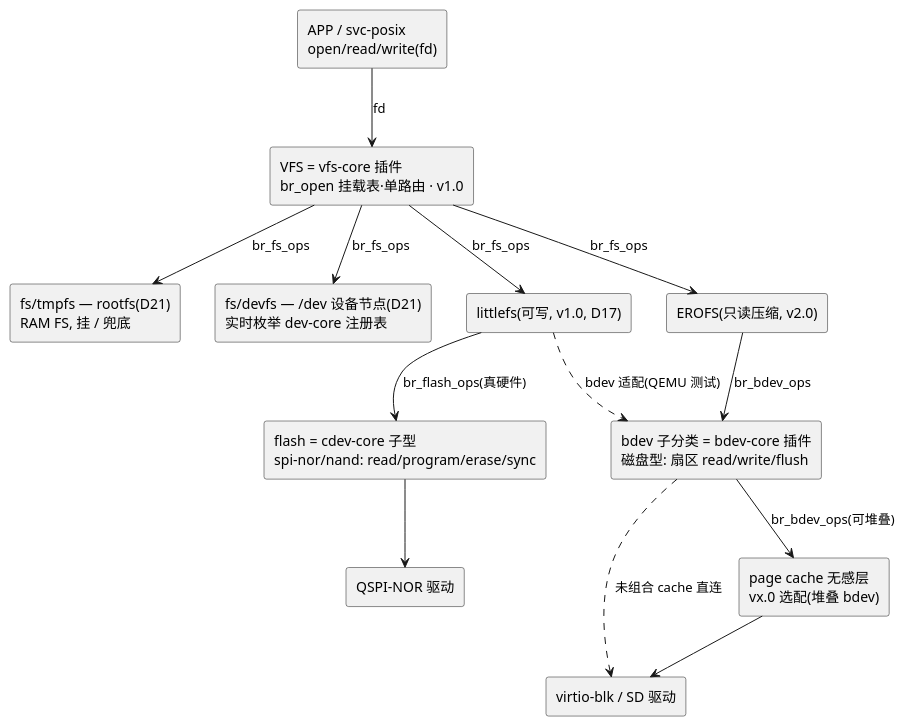
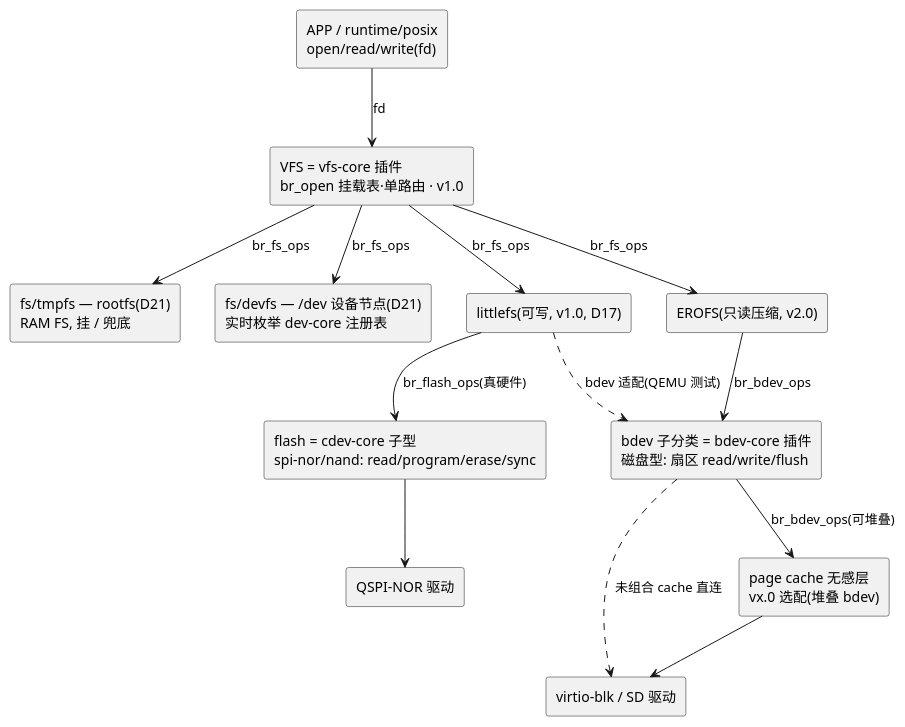
One commit to zhuyh4n9/brickOS changed the diagram in docs/8-device/plantUML/8-01-device-02.puml. Above: the diagram before and after it, drawn with PlantUML. The commit also changed 28 other files, not shown here.

First line of the commit message:
设计侧跟改: POSIX 运行时改名 runtime/posix(+ runtime 命名空间)、链接契约回灌、fd 表归属收口

```diff
--- a/docs/8-device/plantUML/8-01-device-02.puml
+++ b/docs/8-device/plantUML/8-01-device-02.puml
@@ -1,28 +1,28 @@
 @startuml
 skinparam componentStyle rectangle
 
-[APP / svc-posix\nopen/read/write(fd)] as TOP
+[APP / runtime/posix\nopen/read/write(fd)] as TOP
 [VFS = vfs-core 插件\nbr_open 挂载表·单路由 · v1.0] as VFS
 [fs/tmpfs — rootfs(D21)\nRAM FS, 挂 / 兜底] as TMP
 [fs/devfs — /dev 设备节点(D21)\n实时枚举 dev-core 注册表] as DFS
 [littlefs(可写, v1.0, D17)] as FS1
 [EROFS(只读压缩, v2.0)] as FS2
 [bdev 子分类 = bdev-core 插件\n磁盘型: 扇区 read/write/flush] as BD
 [flash = cdev-core 子型\nspi-nor/nand: read/program/erase/sync] as FL
 [page cache 无感层\nvx.0 选配(堆叠 bdev)] as PC
 [virtio-blk / SD 驱动] as DRV1
 [QSPI-NOR 驱动] as DRV2
 
 TOP --> VFS : fd
 VFS --> TMP : br_fs_ops
 VFS --> DFS : br_fs_ops
 VFS --> FS1 : br_fs_ops
 VFS --> FS2 : br_fs_ops
 FS1 --> FL : br_flash_ops(真硬件)
 FS1 ..> BD : bdev 适配(QEMU 测试)
 FS2 --> BD : br_bdev_ops
 BD --> PC : br_bdev_ops(可堆叠)
 PC --> DRV1
 BD ..> DRV1 : 未组合 cache 直连
 FL --> DRV2
 @enduml
```
